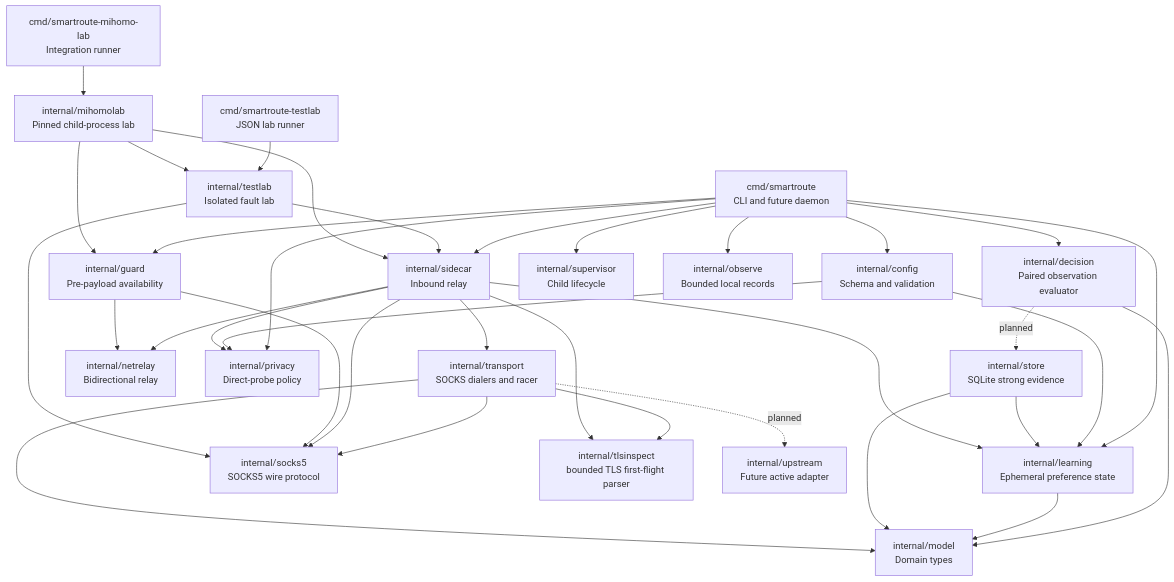
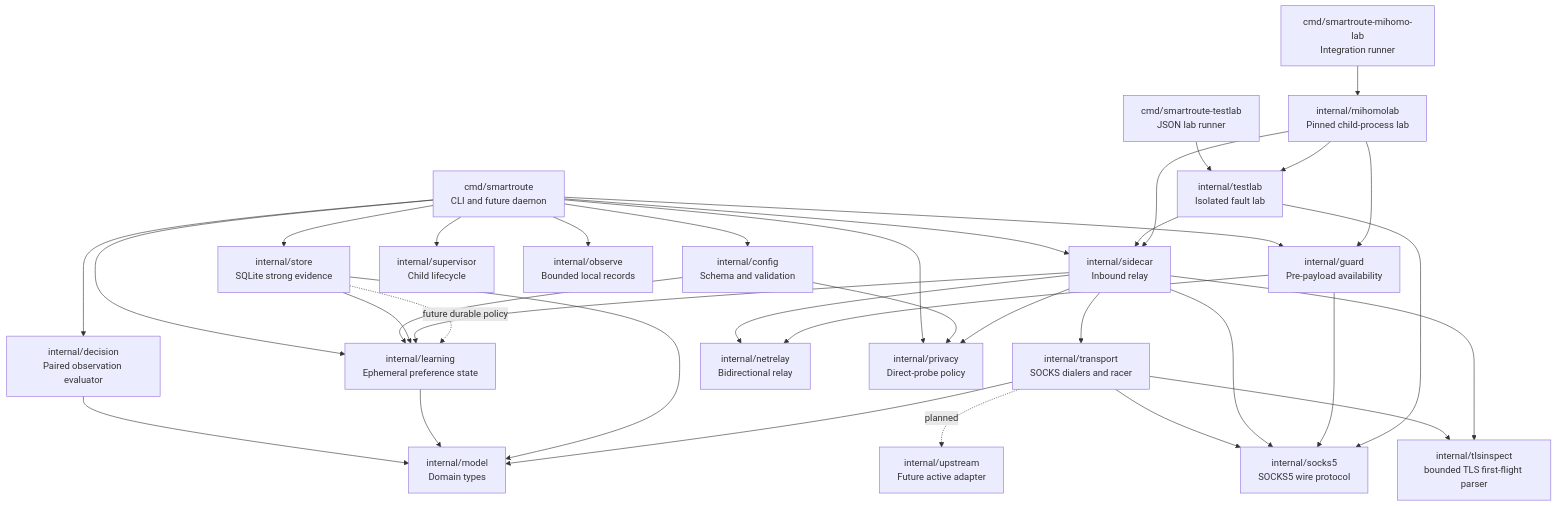
The diagram in docs/04-component-catalog.md (firfisa/smartroute), drawn with Mermaid before and after one commit. The commit also changed other lines of this file and 22 other files, not shown here.

````diff
--- a/docs/04-component-catalog.md
+++ b/docs/04-component-catalog.md
@@ -10,58 +10,59 @@
 ```mermaid
 flowchart TB
     CLI["cmd/smartroute\nCLI and future daemon"]
     Config["internal/config\nSchema and validation"]
     Model["internal/model\nDomain types"]
     Decision["internal/decision\nPaired observation evaluator"]
     Learning["internal/learning\nEphemeral preference state"]
     SOCKS["internal/socks5\nSOCKS5 wire protocol"]
     Transport["internal/transport\nSOCKS dialers and racer"]
     TLSInspect["internal/tlsinspect\nbounded TLS first-flight parser"]
     Sidecar["internal/sidecar\nInbound relay"]
     Guard["internal/guard\nPre-payload availability"]
     NetRelay["internal/netrelay\nBidirectional relay"]
     Privacy["internal/privacy\nDirect-probe policy"]
     Supervisor["internal/supervisor\nChild lifecycle"]
     Observe["internal/observe\nBounded local records"]
     TestLab["internal/testlab\nIsolated fault lab"]
     LabCLI["cmd/smartroute-testlab\nJSON lab runner"]
     MihomoLab["internal/mihomolab\nPinned child-process lab"]
     MihomoLabCLI["cmd/smartroute-mihomo-lab\nIntegration runner"]
     Mihomo["internal/upstream\nFuture active adapter"]
     Store["internal/store\nSQLite strong evidence"]
 
     CLI --> Config
     CLI --> Decision
     CLI --> Learning
     CLI --> Sidecar
     CLI --> Guard
     CLI --> Privacy
     CLI --> Supervisor
     CLI --> Observe
+    CLI --> Store
     Config --> Privacy
     Config --> Learning
     Decision --> Model
     Learning --> Model
     Store --> Learning
     Store --> Model
     Transport --> Model
     Transport --> SOCKS
     Transport --> TLSInspect
     Sidecar --> TLSInspect
     Sidecar --> SOCKS
     Sidecar --> Transport
     Sidecar --> NetRelay
     Sidecar --> Privacy
     Sidecar --> Learning
     Guard --> SOCKS
     Guard --> NetRelay
     TestLab --> Sidecar
     TestLab --> SOCKS
     LabCLI --> TestLab
     MihomoLabCLI --> MihomoLab
     MihomoLab --> Sidecar
     MihomoLab --> Guard
     MihomoLab --> TestLab
     Transport -. "planned" .-> Mihomo
-    Decision -. "planned" .-> Store
+    Store -. "future durable policy" .-> Learning
 ```
````
